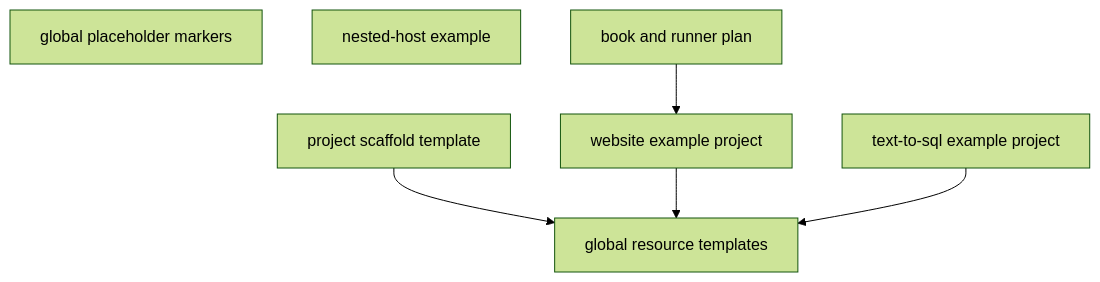
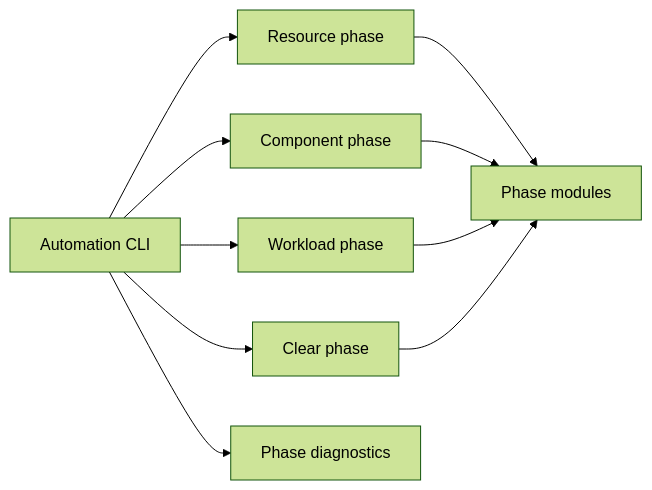
Before and after one commit to alissonsol/yuruna: the second of 7 diagrams in docs/design/02-component-breakdown.md, drawn with Mermaid (forest theme). The commit also changed other lines of this file and 657 other files, not shown here.

````diff
--- a/docs/design/02-component-breakdown.md
+++ b/docs/design/02-component-breakdown.md
@@ -170,15 +30,12 @@
 ```mermaid
-flowchart TD
-    global-resources["global resource templates"]
-    global-placeholders["global placeholder markers"]
-    project-template["project scaffold template"]
-    example-website["website example project"]
-    example-text-to-sql["text-to-sql example project"]
-    example-nested-host["nested-host example"]
-    book-and-runner-plan["book and runner plan"]
-
-    project-template --> global-resources
-    example-website --> global-resources
-    example-text-to-sql --> global-resources
-    book-and-runner-plan --> example-website
+flowchart LR
+  automation-cli["Automation CLI"] --> resource-phase["Resource phase"]
+  automation-cli --> component-phase["Component phase"]
+  automation-cli --> workload-phase["Workload phase"]
+  automation-cli --> clear-phase["Clear phase"]
+  resource-phase --> phase-modules["Phase modules"]
+  component-phase --> phase-modules
+  workload-phase --> phase-modules
+  clear-phase --> phase-modules
+  automation-cli --> phase-diagnostics["Phase diagnostics"]
 ```
````
